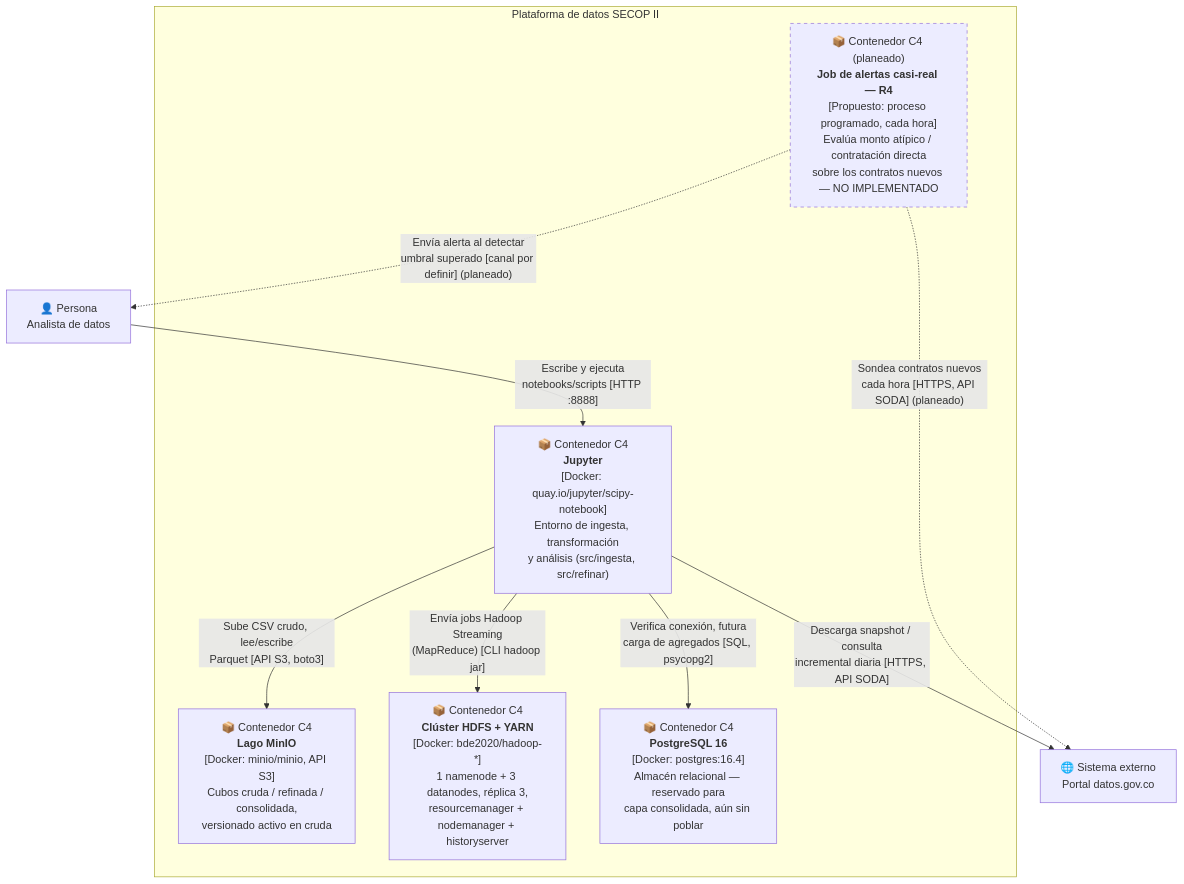
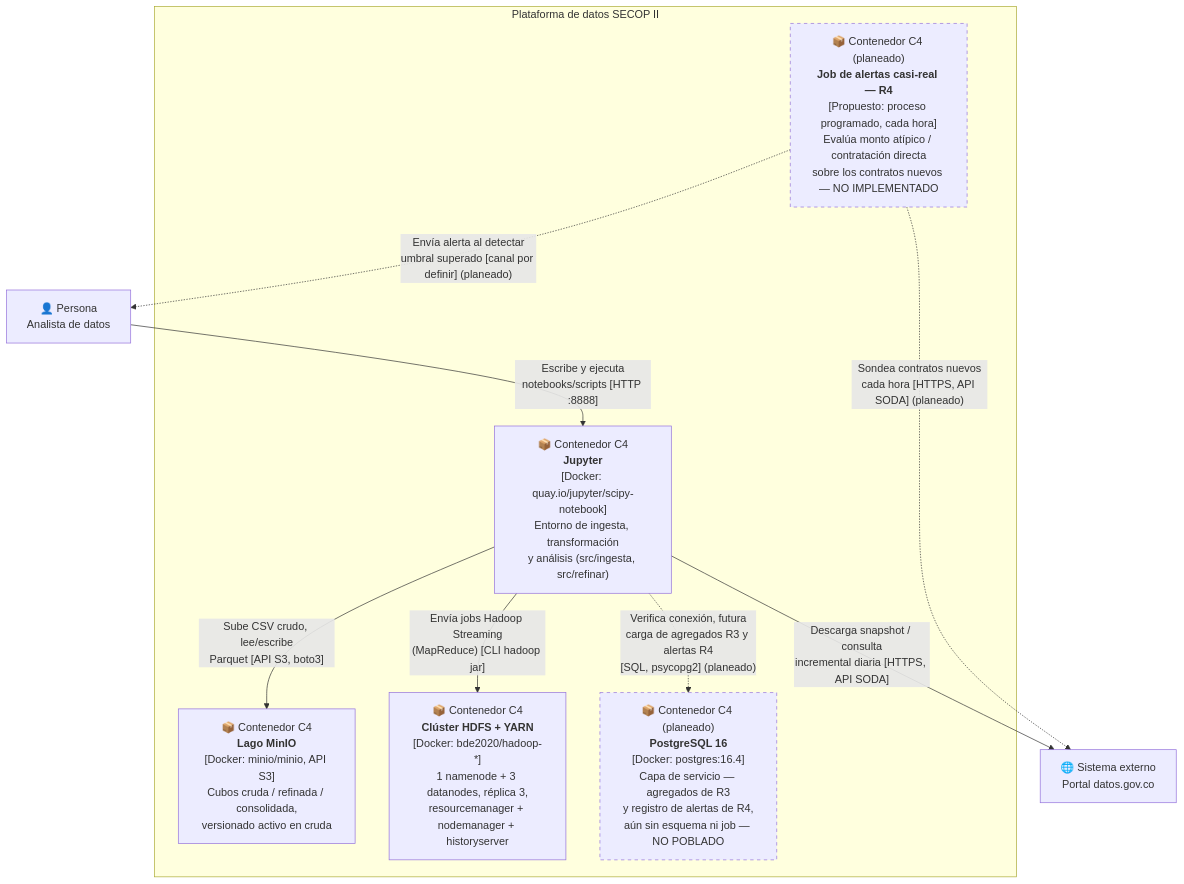
The second of 2 diagrams in docs/T8_arquitectura.md (sofiihenaotorress2007-a11y/proyecto-secop), drawn with Mermaid before and after one commit. The commit also changed other lines of this file and 1 other file, not shown here.

Commit message:
T9: declarar rol de PostgreSQL como capa de servicio (diseno, no implementado)
El equipo decide que PostgreSQL no compite con el lago como
almacenamiento principal (ADR 0001 ya lo resuelve a favor del lago),
sino que sirve como capa de servicio para agregados de R3 y registro
de alertas de R4. Se actualiza el ADR (contexto, decision, consecuencias,
autoverificacion) y T8 (diagrama de contenedor y nota posterior) para
mantener ambos documentos coherentes; el contenedor sigue desplegado
y sin poblar, marcado explicitamente como planeado.

````diff
--- a/docs/T8_arquitectura.md
+++ b/docs/T8_arquitectura.md
@@ -78,24 +78,25 @@
 ```mermaid
 flowchart TB
     analista["👤 Persona<br/>Analista de datos"]
     portal["🌐 Sistema externo<br/>Portal datos.gov.co"]
 
     subgraph plataforma["Plataforma de datos SECOP II"]
         jupyter["📦 Contenedor C4<br/><b>Jupyter</b><br/>[Docker: quay.io/jupyter/scipy-notebook]<br/>Entorno de ingesta, transformación\ny análisis (src/ingesta, src/refinar)"]
         minio["📦 Contenedor C4<br/><b>Lago MinIO</b><br/>[Docker: minio/minio, API S3]<br/>Cubos cruda / refinada / consolidada,\nversionado activo en cruda"]
         hdfs["📦 Contenedor C4<br/><b>Clúster HDFS + YARN</b><br/>[Docker: bde2020/hadoop-*]<br/>1 namenode + 3 datanodes, réplica 3,\nresourcemanager + nodemanager + historyserver"]
-        pg["📦 Contenedor C4<br/><b>PostgreSQL 16</b><br/>[Docker: postgres:16.4]<br/>Almacén relacional — reservado para\ncapa consolidada, aún sin poblar"]
+        pg["📦 Contenedor C4 (planeado)<br/><b>PostgreSQL 16</b><br/>[Docker: postgres:16.4]<br/>Capa de servicio — agregados de R3\ny registro de alertas de R4,\naún sin esquema ni job — NO POBLADO"]
         alertas["📦 Contenedor C4 (planeado)<br/><b>Job de alertas casi-real — R4</b><br/>[Propuesto: proceso programado, cada hora]<br/>Evalúa monto atípico / contratación directa\nsobre los contratos nuevos — NO IMPLEMENTADO"]
     end
 
     analista -- "Escribe y ejecuta\nnotebooks/scripts [HTTP :8888]" --> jupyter
     jupyter -- "Sube CSV crudo, lee/escribe\nParquet [API S3, boto3]" --> minio
     jupyter -- "Envía jobs Hadoop Streaming\n(MapReduce) [CLI hadoop jar]" --> hdfs
-    jupyter -- "Verifica conexión, futura\ncarga de agregados [SQL, psycopg2]" --> pg
+    jupyter -. "Verifica conexión, futura\ncarga de agregados R3 y alertas R4\n[SQL, psycopg2] (planeado)" .-> pg
     jupyter -- "Descarga snapshot / consulta\nincremental diaria [HTTPS, API SODA]" --> portal
     alertas -. "Sondea contratos nuevos\ncada hora [HTTPS, API SODA] (planeado)" .-> portal
     alertas -. "Envía alerta al detectar\numbral superado [canal por definir] (planeado)" .-> analista
 
     classDef planned stroke-dasharray: 5 5
     class alertas planned
+    class pg planned
 ```
````
